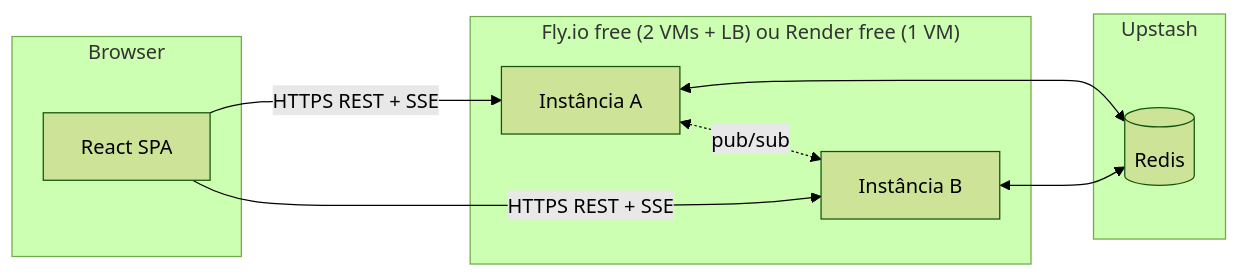
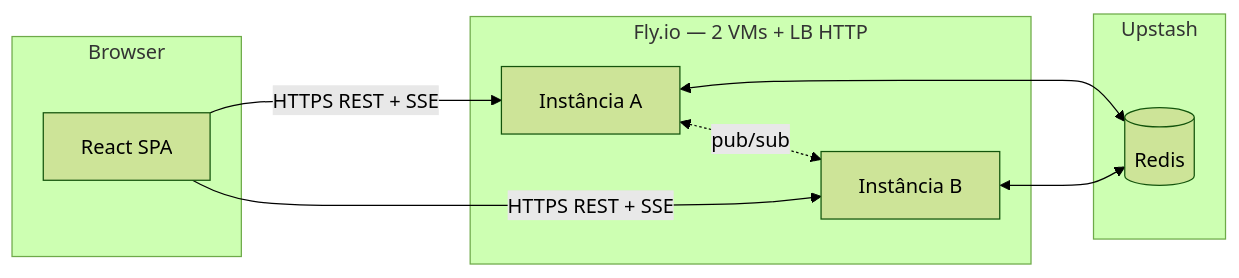
Before and after one commit to PedroCaurio/distributed-chat: the diagram in docs/ARCHITECTURE.md, drawn with Mermaid (forest theme). The commit also changed other lines of this file and 34 other files, not shown here.

````diff
--- a/docs/ARCHITECTURE.md
+++ b/docs/ARCHITECTURE.md
@@ -5,18 +5,18 @@
 ```mermaid
 flowchart LR
   subgraph Browser
     FE[React SPA]
   end
-  subgraph Cloud["Fly.io free (2 VMs + LB) ou Render free (1 VM)"]
+  subgraph Fly["Fly.io — 2 VMs + LB HTTP"]
     I1[Instância A]
     I2[Instância B]
   end
   subgraph Upstash
     R[(Redis)]
   end
   FE -->|HTTPS REST + SSE| I1
   FE -->|HTTPS REST + SSE| I2
   I1 <--> R
   I2 <--> R
   I1 <-. pub/sub .-> I2
 ```
````
